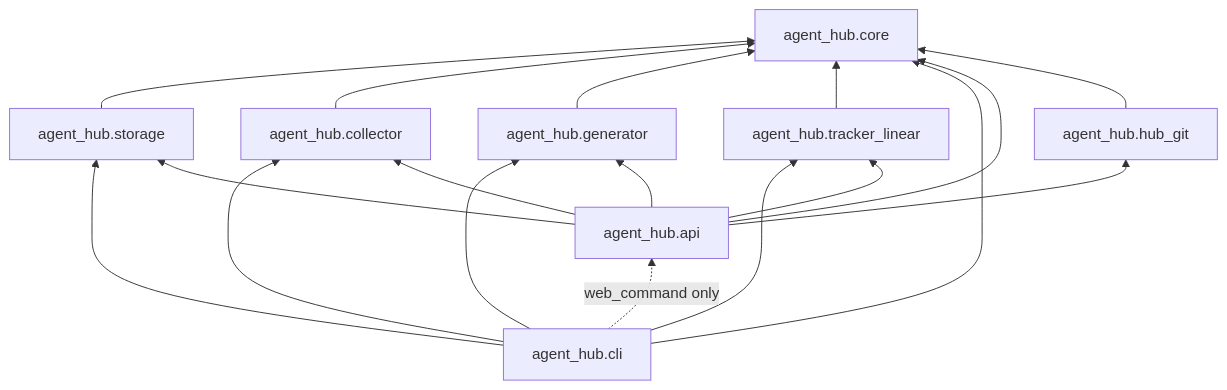
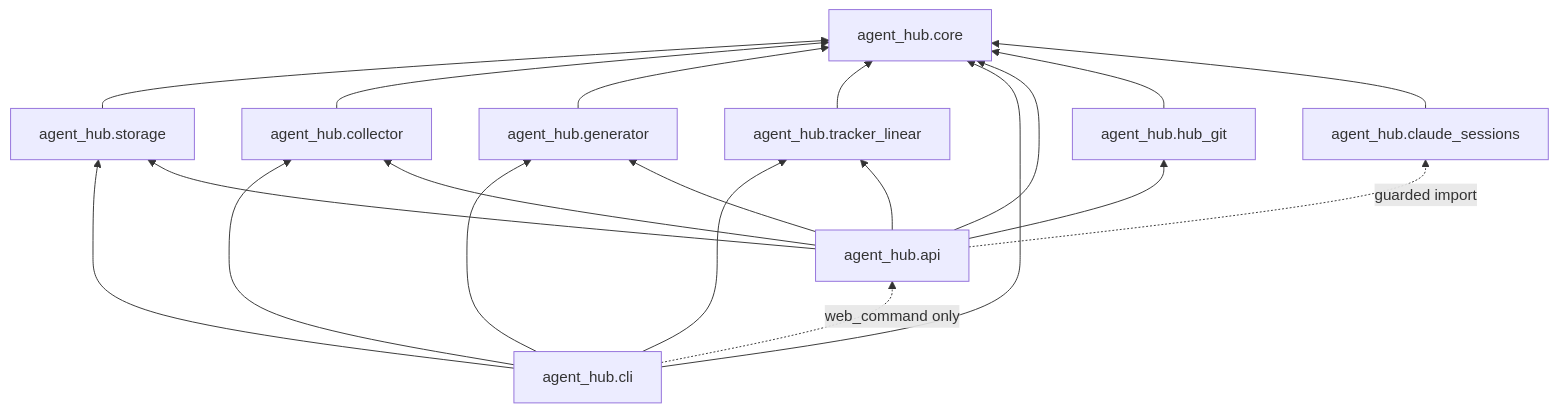
Before and after one commit to jroquette/agent-hub: the first of 2 diagrams in docs/ARCHITECTURE.md, drawn with Mermaid. The commit also changed other lines of this file and 8 other files, not shown here.

First line of the commit message:
docs(docs): architecture, guide, testing and design of agent sessions (AGH-165)

````diff
--- a/docs/ARCHITECTURE.md
+++ b/docs/ARCHITECTURE.md
@@ -72,20 +76,22 @@
 ```mermaid
 flowchart BT
   storage[agent_hub.storage] --> core[agent_hub.core]
   collector[agent_hub.collector] --> core
   generator[agent_hub.generator] --> core
   tracker_linear[agent_hub.tracker_linear] --> core
   cli[agent_hub.cli] --> core
   cli --> storage
   cli --> collector
   cli --> generator
   cli --> tracker_linear
   api[agent_hub.api] --> core
   api --> storage
   api --> collector
   api --> generator
   hub_git[agent_hub.hub_git] --> core
   api --> hub_git
+  claude_sessions[agent_hub.claude_sessions] --> core
+  api -. "guarded import" .-> claude_sessions
   api --> tracker_linear
   cli -. "web_command only" .-> api
 ```
````
